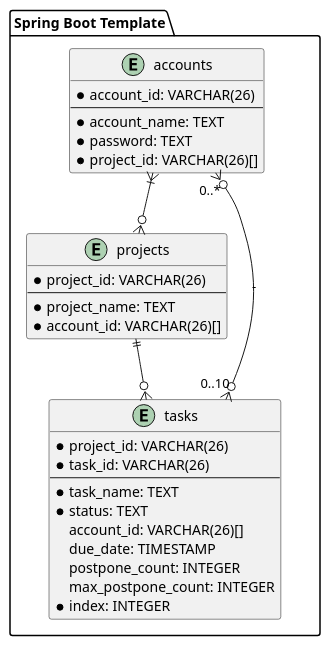
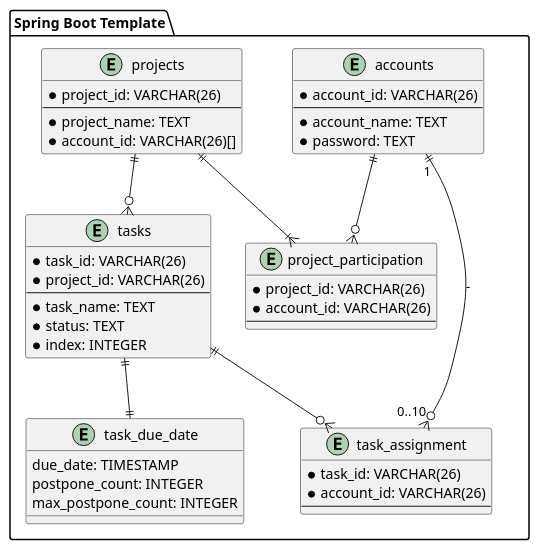
One commit to ORIKAMIxNEP/playground changed the diagram in uml/entity-relationship.puml. Above: the diagram before and after it, drawn with PlantUML.

```diff
--- a/uml/entity-relationship.puml
+++ b/uml/entity-relationship.puml
@@ -1,35 +1,54 @@
 @startuml
 package "Spring Boot Template" {
   entity accounts {
     * account_id: VARCHAR(26)
     --
     * account_name: TEXT
     * password: TEXT
-    * project_id: VARCHAR(26)[]
   }
 
   entity projects {
     * project_id: VARCHAR(26)
     --
     * project_name: TEXT
     * account_id: VARCHAR(26)[]
   }
 
+  entity project_participation {
+    * project_id: VARCHAR(26)
+    * account_id: VARCHAR(26)
+    --
+  }
+
+  accounts ||--o{ project_participation
+  projects ||--|{ project_participation
+
   entity tasks {
+    * task_id: VARCHAR(26)
     * project_id: VARCHAR(26)
-    * task_id: VARCHAR(26)
     --
     * task_name: TEXT
     * status: TEXT
-    account_id: VARCHAR(26)[]
+    * index: INTEGER
+  }
+
+  projects ||--o{ tasks
+
+  entity task_assignment {
+    * task_id: VARCHAR(26)
+    * account_id: VARCHAR(26)
+    --
+  }
+
+  accounts ||--o{ task_assignment: "1" - "0..10"
+  tasks ||--o{ task_assignment
+
+  entity task_due_date {
     due_date: TIMESTAMP
     postpone_count: INTEGER
     max_postpone_count: INTEGER
-    * index: INTEGER
   }
+
+  tasks ||--|| task_due_date
 }
-
-accounts }|--o{ projects
-projects ||--o{ tasks
-tasks }o--o{ accounts: "0..10" - "0..*"
 @enduml
```
